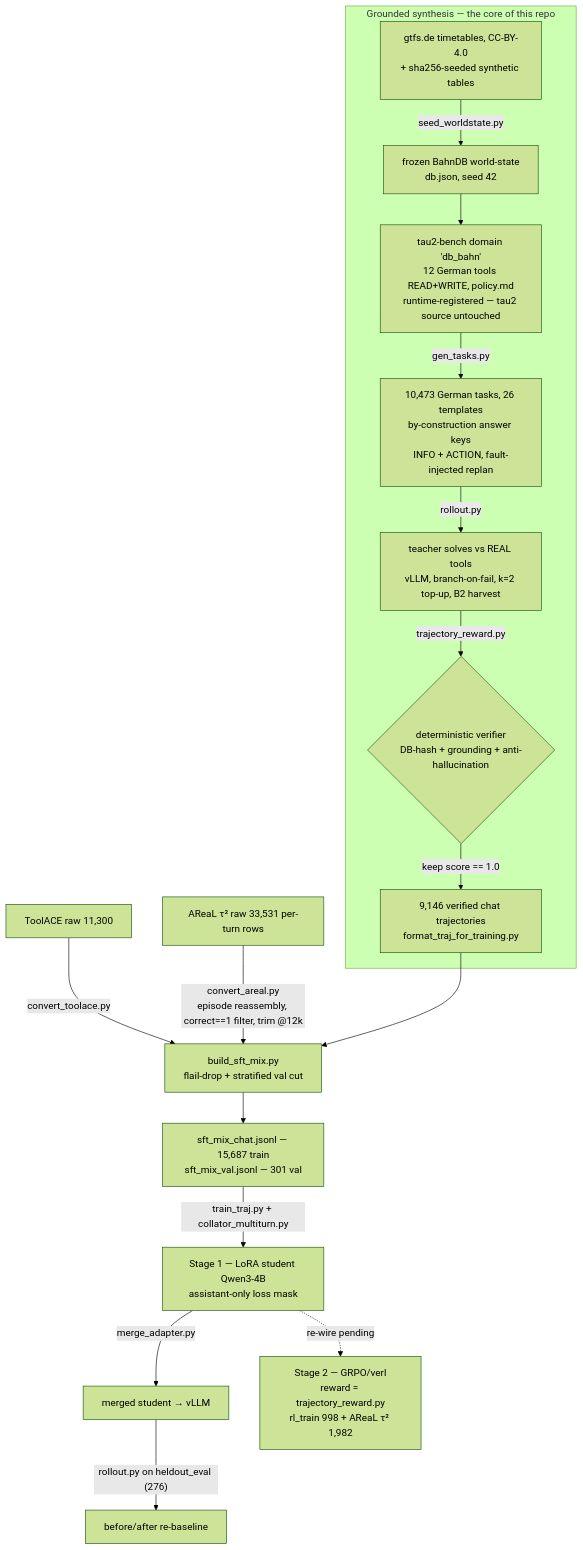
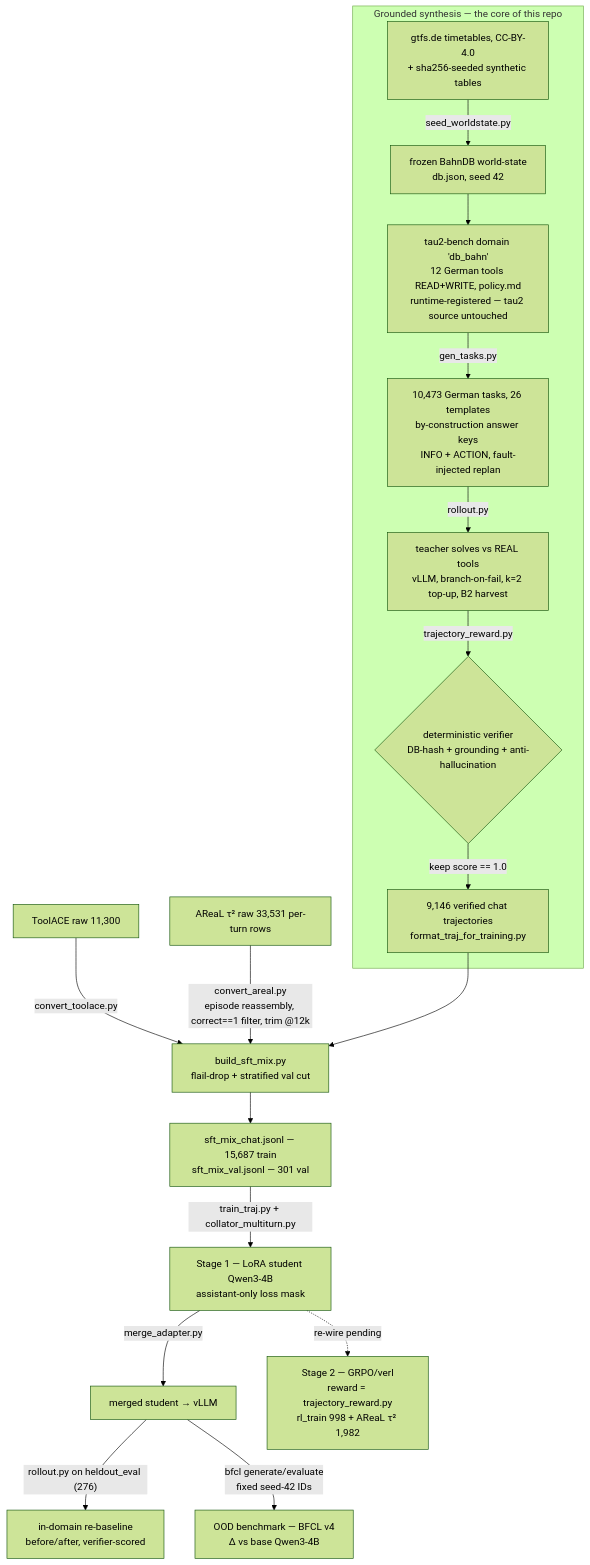
Before and after one commit to JanneckGit/slm-agentic-training-pipeline: the diagram in README.md, drawn with Mermaid (forest theme). The commit also changed other lines of this file and 5 other files, not shown here.

First line of the commit message:
feat(eval): BFCL-v4 quick-run harness + Indiz Base vs SFT-ep2

````diff
--- a/README.md
+++ b/README.md
@@ -35,19 +35,20 @@
 ```mermaid
 flowchart TD
     subgraph SDG["Grounded synthesis — the core of this repo"]
         A["gtfs.de timetables, CC-BY-4.0<br/>+ sha256-seeded synthetic tables"] -->|seed_worldstate.py| B["frozen BahnDB world-state<br/>db.json, seed 42"]
         B --> C["tau2-bench domain 'db_bahn'<br/>12 German tools READ+WRITE, policy.md<br/>runtime-registered — tau2 source untouched"]
         C -->|gen_tasks.py| D["10,473 German tasks, 26 templates<br/>by-construction answer keys<br/>INFO + ACTION, fault-injected replan"]
         D -->|rollout.py| E["teacher solves vs REAL tools<br/>vLLM, branch-on-fail, k=2 top-up, B2 harvest"]
         E -->|trajectory_reward.py| F{"deterministic verifier<br/>DB-hash + grounding + anti-hallucination"}
         F -->|keep score == 1.0| G["9,146 verified chat trajectories<br/>format_traj_for_training.py"]
     end
     T["ToolACE raw 11,300"] -->|convert_toolace.py| MIX
     R["AReaL τ² raw 33,531 per-turn rows"] -->|"convert_areal.py<br/>episode reassembly, correct==1 filter, trim @12k"| MIX
     G --> MIX["build_sft_mix.py<br/>flail-drop + stratified val cut"]
     MIX --> M["sft_mix_chat.jsonl — 15,687 train<br/>sft_mix_val.jsonl — 301 val"]
     M -->|train_traj.py + collator_multiturn.py| H["Stage 1 — LoRA student Qwen3-4B<br/>assistant-only loss mask"]
     H -->|merge_adapter.py| S["merged student → vLLM"]
-    S -->|"rollout.py on heldout_eval (276)"| EV["before/after re-baseline"]
+    S -->|"rollout.py on heldout_eval (276)"| EV["in-domain re-baseline<br/>before/after, verifier-scored"]
+    S -->|"bfcl generate/evaluate<br/>fixed seed-42 IDs"| OOD["OOD benchmark — BFCL v4<br/>Δ vs base Qwen3-4B"]
     H -.->|re-wire pending| RL["Stage 2 — GRPO/verl<br/>reward = trajectory_reward.py<br/>rl_train 998 + AReaL τ² 1,982"]
 ```
````
